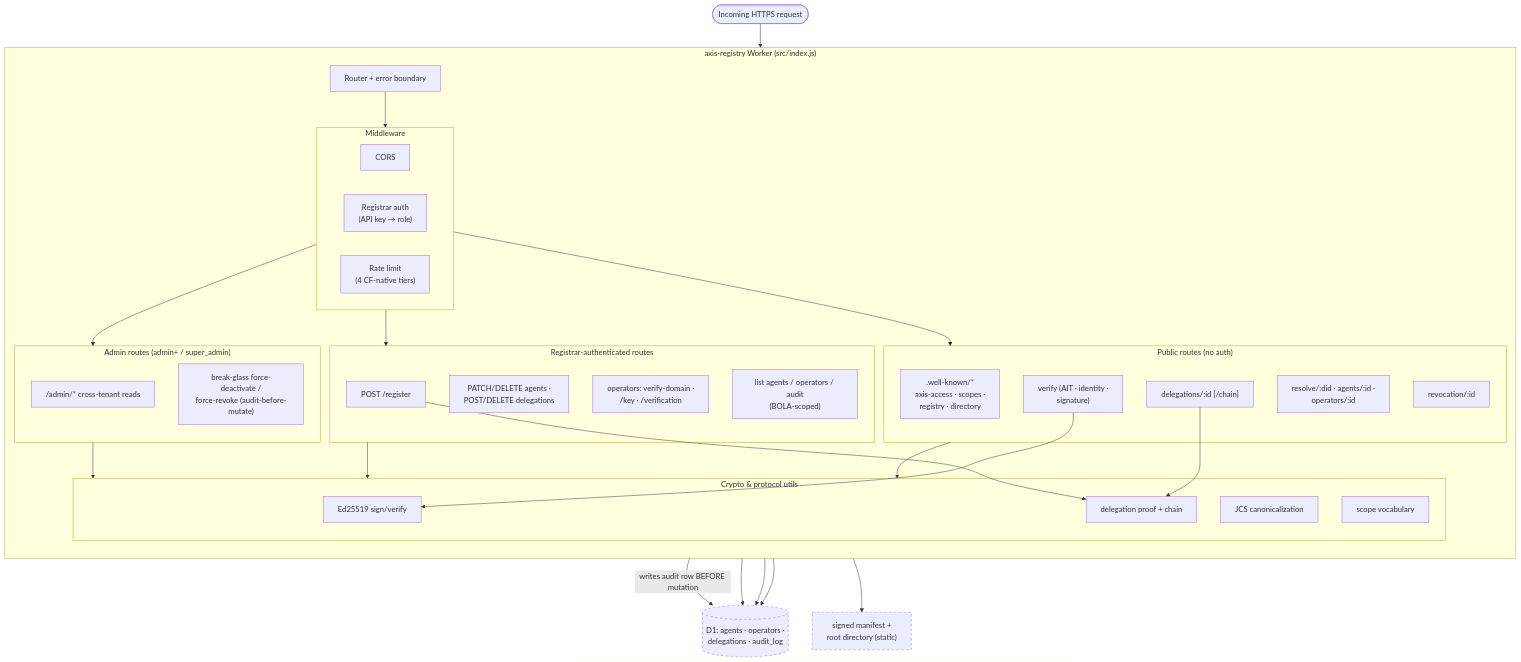
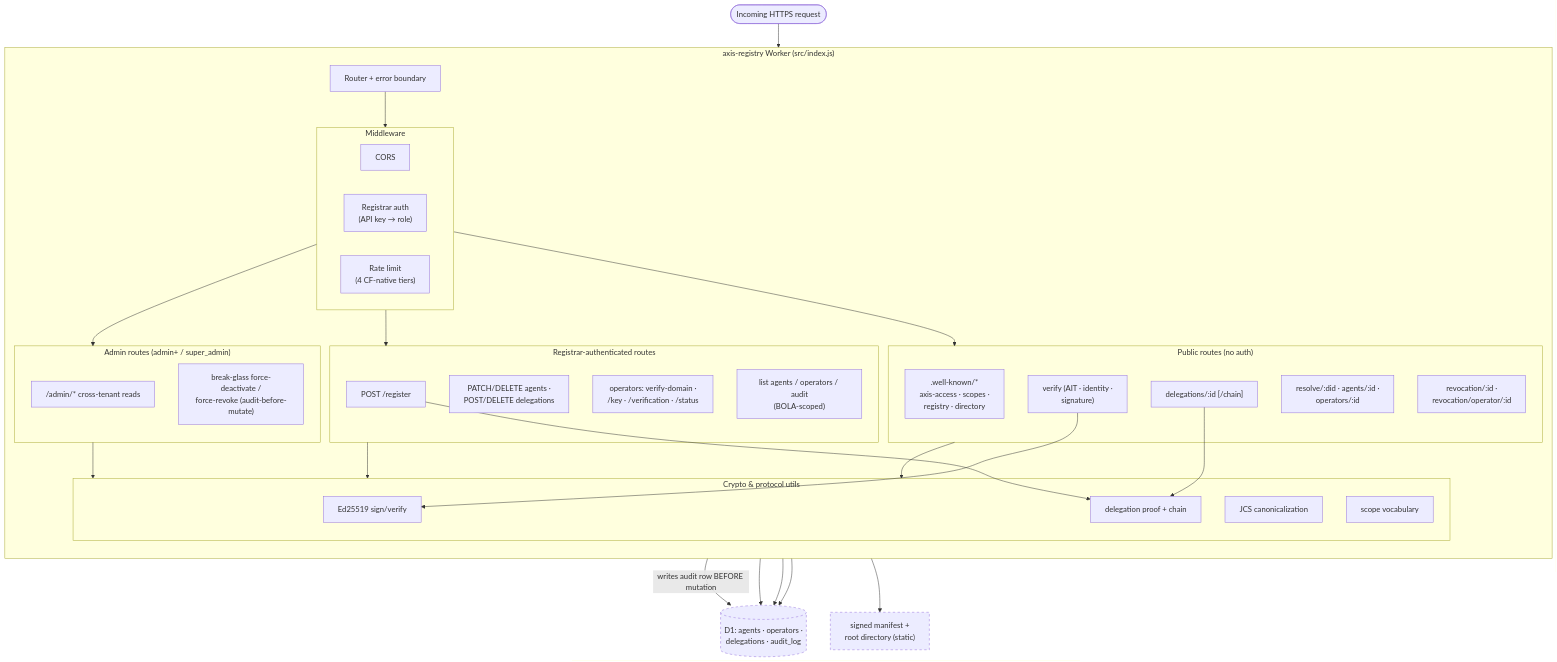
Before and after one commit to MachinesOfDesire/axis-registry: the second of 2 diagrams in docs/architecture/README.md, drawn with Mermaid. The commit also changed other lines of this file and 8 other files, not shown here.

````diff
--- a/docs/architecture/README.md
+++ b/docs/architecture/README.md
@@ -74,64 +74,64 @@
 ```mermaid
 flowchart TB
     req(["Incoming HTTPS request"])
 
     subgraph worker["axis-registry Worker (src/index.js)"]
         direction TB
         router["Router + error boundary"]
 
         subgraph mw["Middleware"]
             cors["CORS"]
             authmw["Registrar auth<br/>(API key → role)"]
             rl["Rate limit<br/>(4 CF-native tiers)"]
         end
 
         subgraph public["Public routes (no auth)"]
             wellknown[".well-known/*<br/>axis-access · scopes ·<br/>registry · directory"]
             resolve["resolve/:did · agents/:id ·<br/>operators/:id"]
             verify["verify (AIT · identity ·<br/>signature)"]
-            revoke["revocation/:id"]
+            revoke["revocation/:id ·<br/>revocation/operator/:id"]
             deleg["delegations/:id [/chain]"]
         end
 
         subgraph auth["Registrar-authenticated routes"]
             register["POST /register"]
             mutate["PATCH/DELETE agents ·<br/>POST/DELETE delegations"]
-            opmgmt["operators: verify-domain ·<br/>/key · /verification"]
+            opmgmt["operators: verify-domain ·<br/>/key · /verification · /status"]
             selflist["list agents / operators / audit<br/>(BOLA-scoped)"]
         end
 
         subgraph adminr["Admin routes (admin+ / super_admin)"]
             adminread["/admin/* cross-tenant reads"]
             breakglass["break-glass force-deactivate /<br/>force-revoke (audit-before-mutate)"]
         end
 
         subgraph util["Crypto & protocol utils"]
             crypto["Ed25519 sign/verify"]
             jcs["JCS canonicalization"]
             proof["delegation proof + chain"]
             scope["scope vocabulary"]
         end
     end
 
     d1[("D1: agents · operators ·<br/>delegations · audit_log")]
     legit["signed manifest +<br/>root directory (static)"]
 
     req --> router --> mw
     mw --> public
     mw --> auth
     mw --> adminr
     public --> util
     auth --> util
     adminr --> util
     verify --> crypto
     deleg --> proof
     register --> proof
     public --> d1
     auth --> d1
     adminr --> d1
     breakglass -->|"writes audit row BEFORE mutation"| d1
     wellknown --> legit
 
     classDef ext stroke-dasharray:5;
     class d1,legit ext;
 ```
````
